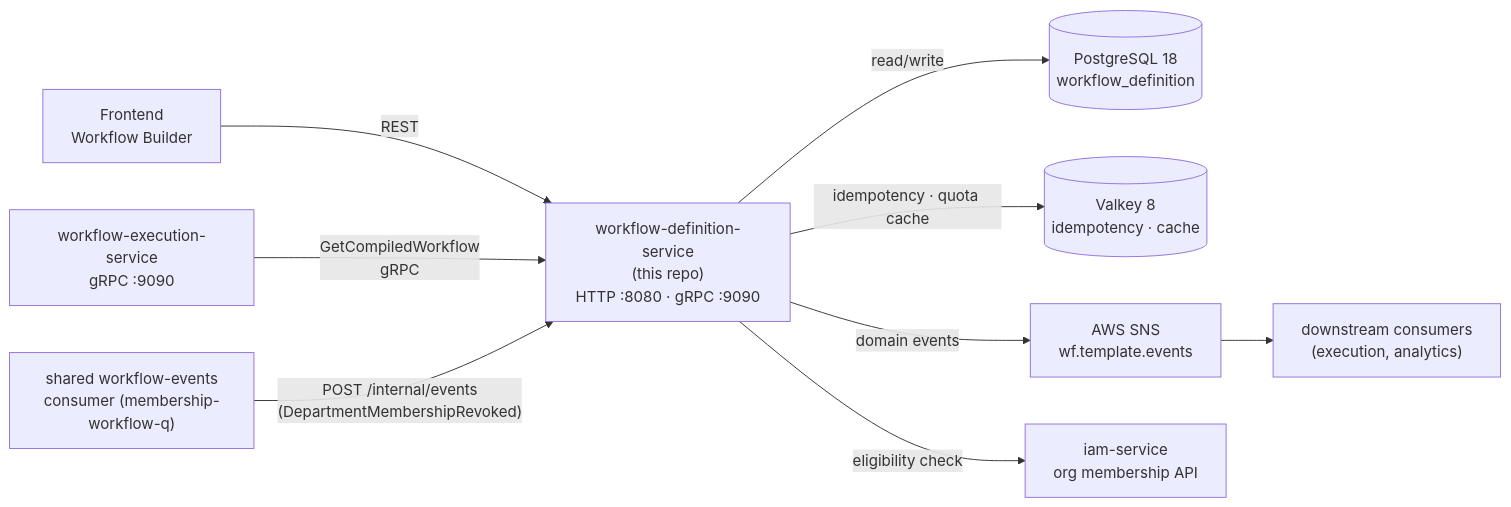
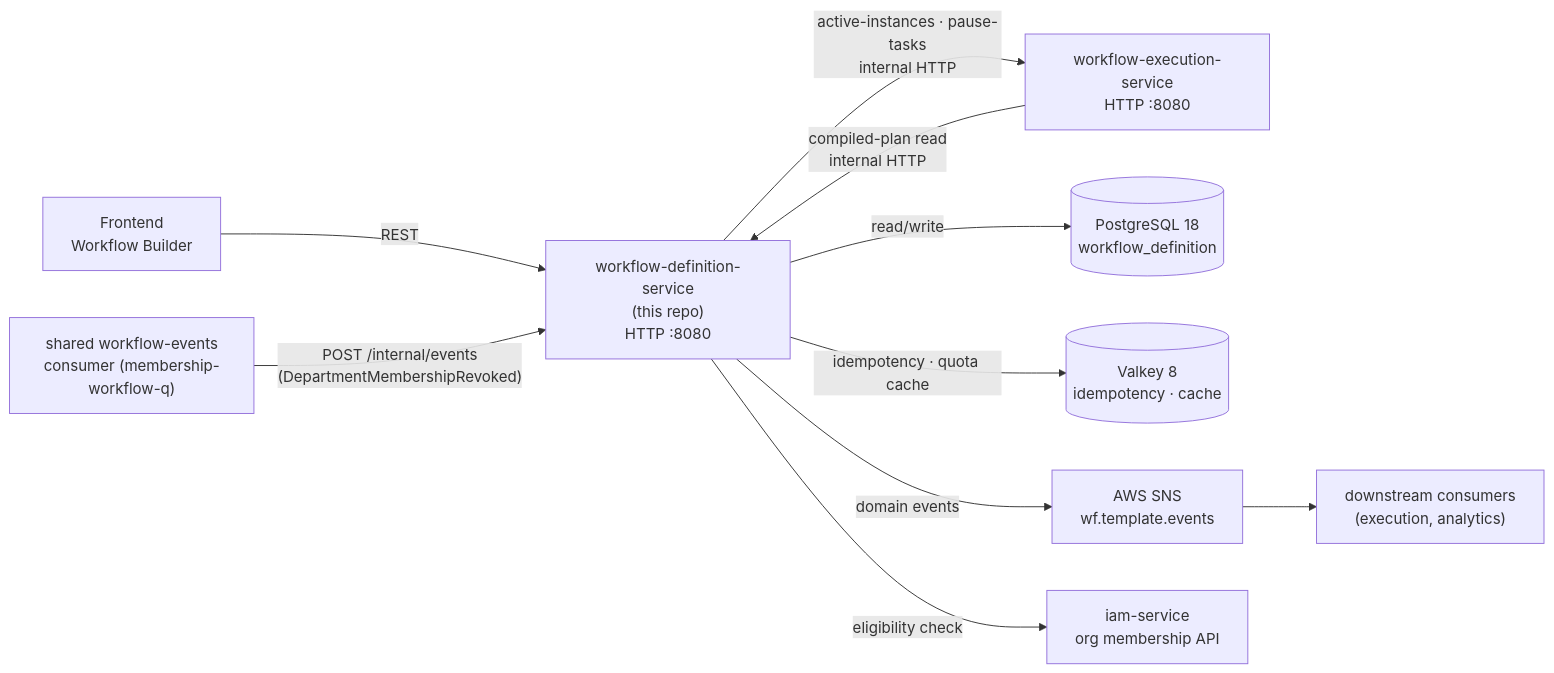
The first of 13 diagrams in ARCHITECTURE.md (BCBP-SOLUTIONS-FZC-LLC/workflow-definition-service), drawn with Mermaid before and after one commit. The commit also changed other lines of this file and 17 other files, not shown here.

First line of the commit message:
wip: D-2 phase 6 — definition's docs describe the internal HTTP API

````diff
--- a/ARCHITECTURE.md
+++ b/ARCHITECTURE.md
@@ -15,21 +15,22 @@
 ```mermaid
 flowchart LR
     FE["Frontend\nWorkflow Builder"]
-    DEF["workflow-definition-service\n(this repo)\nHTTP :8080 · gRPC :9090"]
-    EXEC["workflow-execution-service\ngRPC :9090"]
+    DEF["workflow-definition-service\n(this repo)\nHTTP :8080"]
+    EXEC["workflow-execution-service\nHTTP :8080"]
     DB[("PostgreSQL 18\nworkflow_definition")]
     CACHE[("Valkey 8\nidempotency · cache")]
     SNS["AWS SNS\nwf.template.events"]
     CONSUMER["shared workflow-events\nconsumer (membership-workflow-q)"]
     IAM["iam-service\norg membership API"]
     DOWNSTREAM["downstream consumers\n(execution, analytics)"]
 
     FE -->|"REST"| DEF
-    EXEC -->|"GetCompiledWorkflow\ngRPC"| DEF
+    EXEC -->|"compiled-plan read\ninternal HTTP"| DEF
+    DEF -->|"active-instances · pause-tasks\ninternal HTTP"| EXEC
     DEF -->|"read/write"| DB
     DEF -->|"idempotency · quota cache"| CACHE
     DEF -->|"domain events"| SNS
     SNS --> DOWNSTREAM
     CONSUMER -->|"POST /internal/events\n(DepartmentMembershipRevoked)"| DEF
     DEF -->|"eligibility check"| IAM
 ```
````
